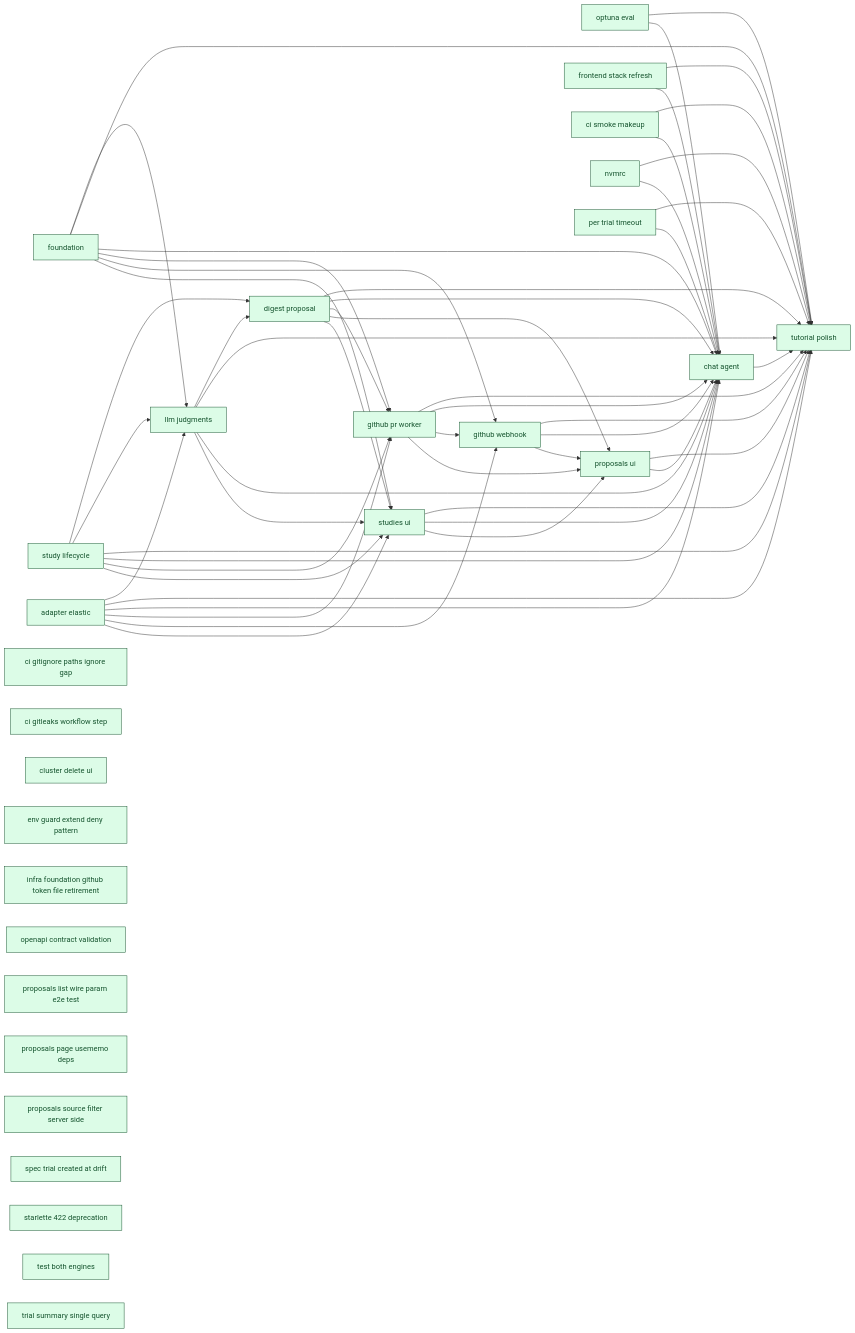
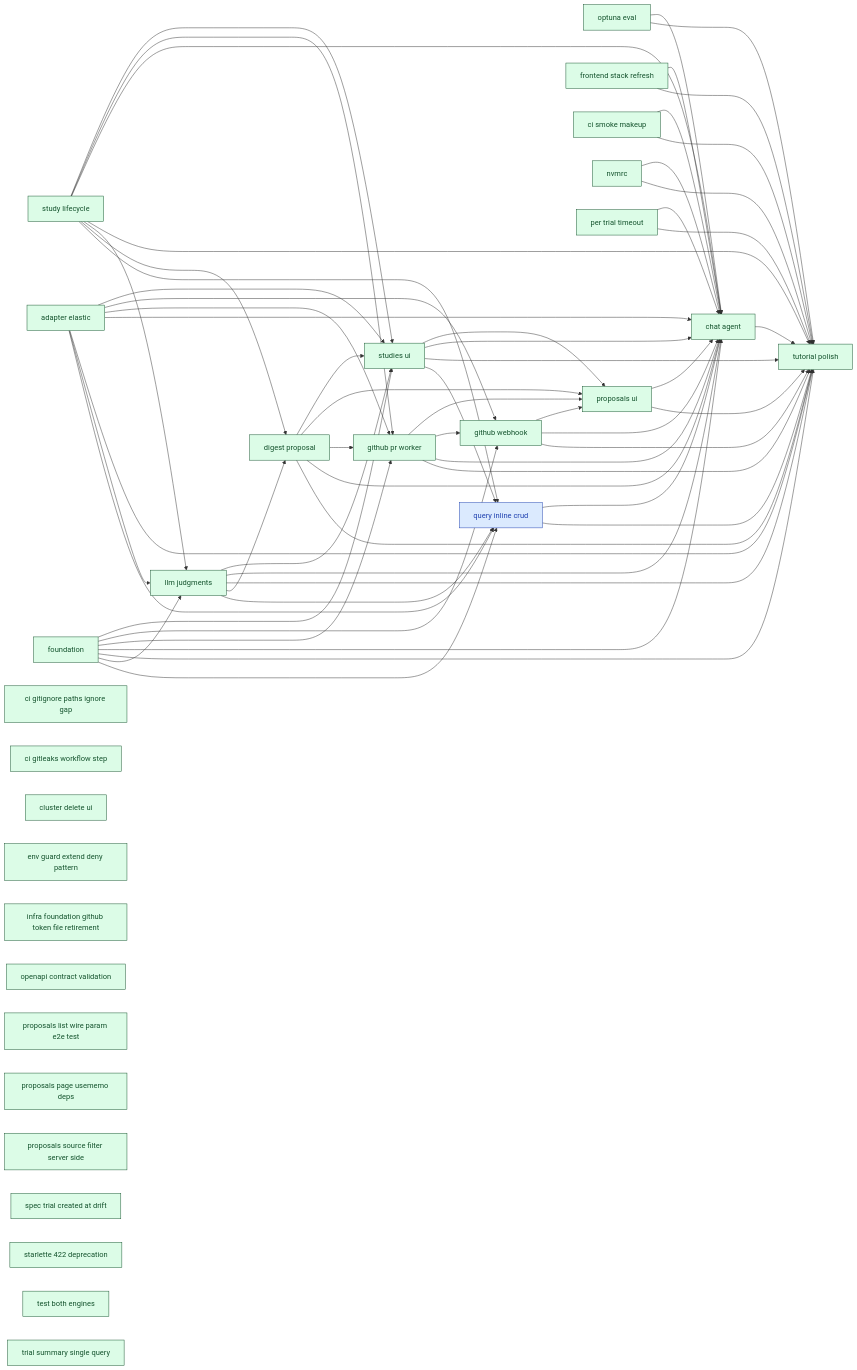
Before and after one commit to SoundMindsAI/relyloop: the diagram in docs/00_overview/MVP1_DASHBOARD.md, drawn with Mermaid. The commit also changed other lines of this file and 3 other files, not shown here.

```diff
--- a/docs/00_overview/MVP1_DASHBOARD.md
+++ b/docs/00_overview/MVP1_DASHBOARD.md
@@ -99,6 +106,8 @@
   classDef plan fill:#fef9c3,stroke:#854d0e,color:#854d0e;
   classDef spec fill:#dbeafe,stroke:#1e40af,color:#1e40af;
   classDef idea fill:#f1f5f9,stroke:#334155,color:#334155;
+  feat_query_inline_crud["query inline crud"]
+  class feat_query_inline_crud spec;
   infra_foundation["foundation"]
   class infra_foundation done;
   feat_study_lifecycle["study lifecycle"]
@@ -157,6 +166,11 @@
   class infra_nvmrc done;
   infra_per_trial_timeout["per trial timeout"]
   class infra_per_trial_timeout done;
+  infra_foundation --> feat_query_inline_crud
+  infra_adapter_elastic --> feat_query_inline_crud
+  feat_study_lifecycle --> feat_query_inline_crud
+  feat_llm_judgments --> feat_query_inline_crud
+  feat_studies_ui --> feat_query_inline_crud
   feat_study_lifecycle --> feat_digest_proposal
   feat_llm_judgments --> feat_digest_proposal
   infra_foundation --> feat_llm_judgments
@@ -168,6 +182,7 @@
   feat_github_webhook --> chore_tutorial_polish
   feat_llm_judgments --> chore_tutorial_polish
   feat_proposals_ui --> chore_tutorial_polish
+  feat_query_inline_crud --> chore_tutorial_polish
   feat_studies_ui --> chore_tutorial_polish
   feat_study_lifecycle --> chore_tutorial_polish
   infra_adapter_elastic --> chore_tutorial_polish
@@ -182,6 +197,7 @@
   feat_github_webhook --> feat_chat_agent
   feat_llm_judgments --> feat_chat_agent
   feat_proposals_ui --> feat_chat_agent
+  feat_query_inline_crud --> feat_chat_agent
   feat_studies_ui --> feat_chat_agent
   feat_study_lifecycle --> feat_chat_agent
   infra_adapter_elastic --> feat_chat_agent
```
